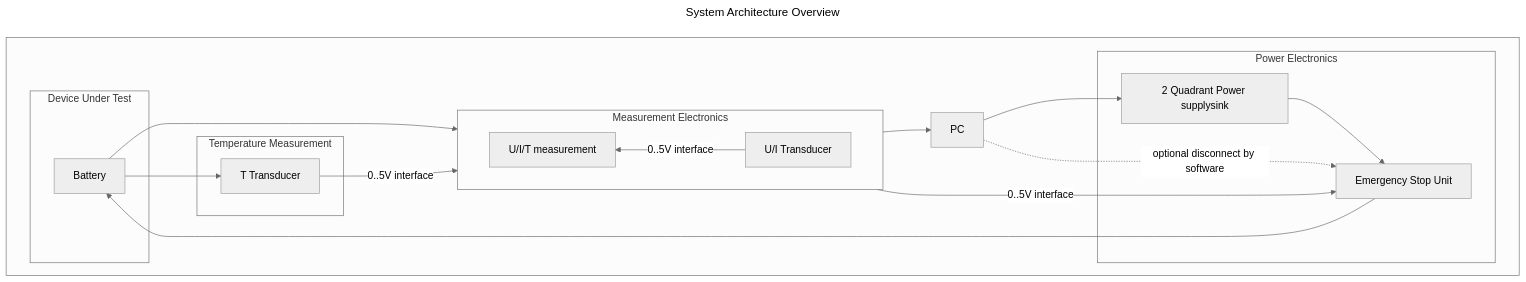
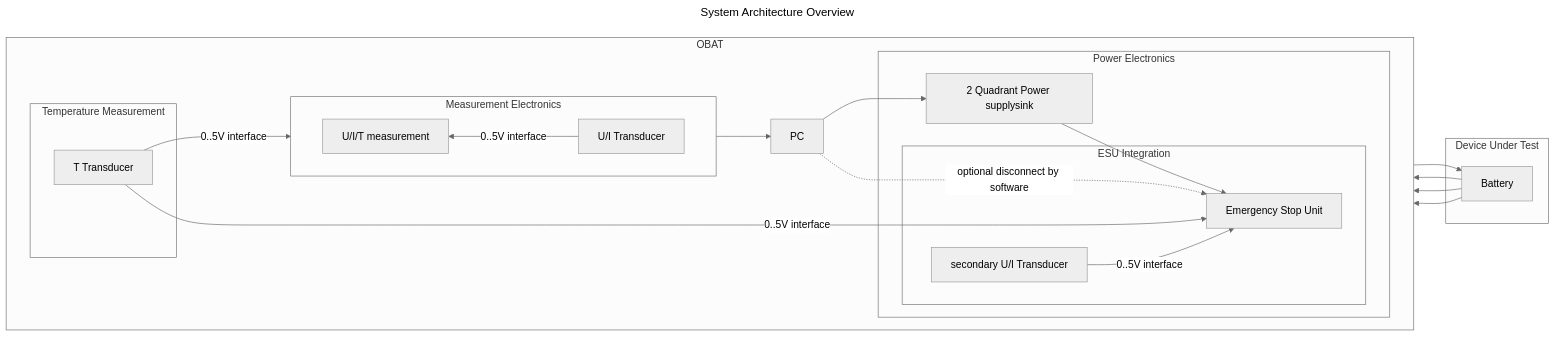
Before and after one commit to pascalguttmann/obat: the diagram in docs/arch/overview.md, drawn with Mermaid (neutral theme).

Commit message:
add esu integration with secondary measurement
- add secondary U/I transducer as measurement for ESU to make precision measurement
  non-safety relevant,

- move battery to not be sub-part of obat

````diff
--- a/docs/arch/overview.md
+++ b/docs/arch/overview.md
@@ -56,44 +56,49 @@
 ```mermaid
 ---
 title: System Architecture Overview
 ---
 flowchart LR
 
-subgraph sub-obat [ ]
+subgraph sub-dut [Device Under Test]
+    bat[Battery]
+end
+
+subgraph sub-obat [OBAT]
     direction LR
     pc[PC]
 
     subgraph sub-power [Power Electronics]
         psu-internal[2 Quadrant Power supplysink]
-        esu[Emergency Stop Unit]
 
-        psu-internal --> esu
+        subgraph sub-esu [ESU Integration]
+            esu[Emergency Stop Unit]
+            transducer2[secondary U/I Transducer]
+        end
+
     end
 
     subgraph sub-meas [Measurement Electronics]
         direction RL
         transducer[U/I Transducer]
         meas[U/I/T measurement]
-
-        transducer -- 0..5V interface --> meas
     end
 
     subgraph sub-extT [Temperature Measurement]
         transducer_T[T Transducer]
     end
 
-    subgraph sub-dut [Device Under Test]
-        bat[Battery]
-    end
-
     pc --> psu-internal
+    psu-internal --> esu
     esu --> bat
     bat --> transducer
+    bat --> transducer2
     bat --> transducer_T
     meas --> pc
     pc -. optional disconnect by software .-> esu
 
+    transducer -- 0..5V interface --> meas
     transducer_T -- 0..5V interface --> meas
-    transducer -- 0..5V interface --> esu
+    transducer_T -- 0..5V interface --> esu
+    transducer2 -- 0..5V interface --> esu
 end
 ```
````
